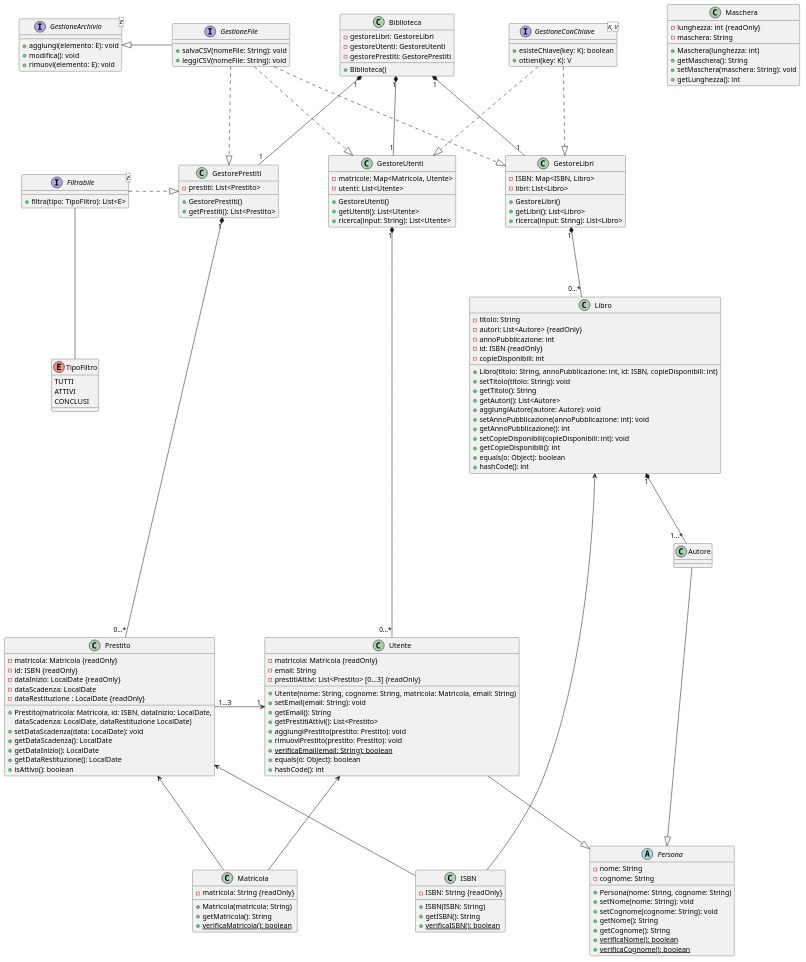
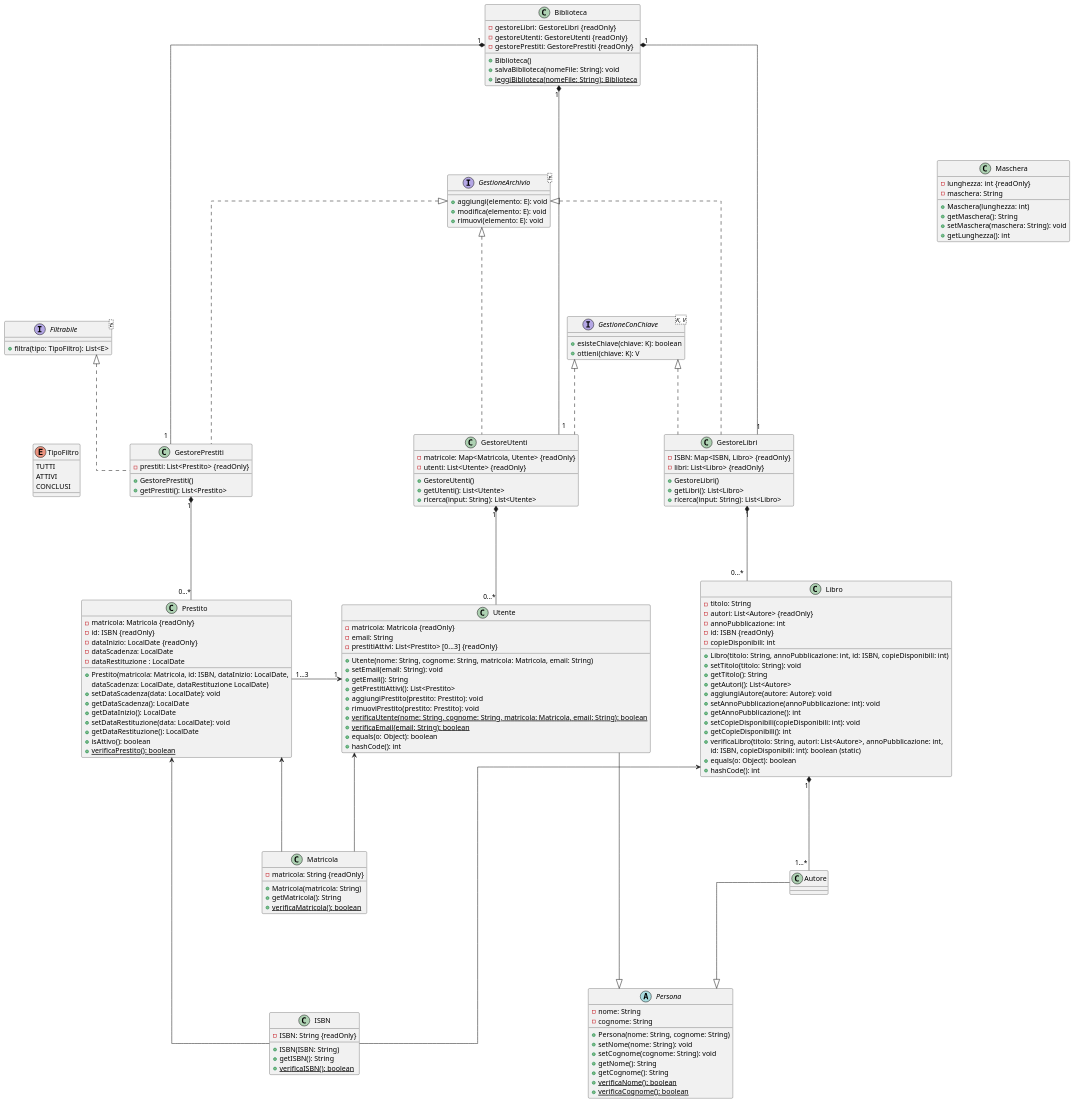
Before and after one commit to TitanVoid/ProgSE-Biblioteca: the diagram in documents/DiagrammiUML/classdiagram.puml, drawn with PlantUML. The commit also changed 1 other file, not shown here.

Commit message:
Aggiornamento diagramma delle classi

```diff
--- a/documents/DiagrammiUML/classdiagram.puml
+++ b/documents/DiagrammiUML/classdiagram.puml
@@ -1,35 +1,41 @@
 @startuml
 skinparam nodesep 100
-skinparam ranksep 140
+skinparam ranksep 150
+skinparam linetype ortho
+'skinparam linetype polyline
 top to bottom direction
 
 
 
+'------------------------------------------CLASSI/INTERFACCE------------------------------------------
+
 interface GestioneConChiave<K, V> {
-+esisteChiave(key: K): boolean
-+ottieni(key: K): V
++esisteChiave(chiave: K): boolean
++ottieni(chiave: K): V
 }
 
 
 class Biblioteca {
--gestoreLibri: GestoreLibri
--gestoreUtenti: GestoreUtenti
--gestorePrestiti: GestorePrestiti
+-gestoreLibri: GestoreLibri {readOnly}
+-gestoreUtenti: GestoreUtenti {readOnly}
+-gestorePrestiti: GestorePrestiti {readOnly}
 
 +Biblioteca()
++salvaBiblioteca(nomeFile: String): void
++leggiBiblioteca(nomeFile: String): Biblioteca {static}
 }
 
 
 interface GestioneArchivio<E> {
 +aggiungi(elemento: E): void
-+modifica(): void 
++modifica(elemento: E): void
 +rimuovi(elemento: E): void
 }
 
 
 class GestoreUtenti {
--matricole: Map<Matricola, Utente>
--utenti: List<Utente>
+-matricole: Map<Matricola, Utente> {readOnly}
+-utenti: List<Utente> {readOnly}
 
 +GestoreUtenti()
 +getUtenti(): List<Utente>
@@ -38,8 +44,8 @@
 
 
 class GestoreLibri {
--ISBN: Map<ISBN, Libro>
--libri: List<Libro>
+-ISBN: Map<ISBN, Libro> {readOnly}
+-libri: List<Libro> {readOnly}
 
 +GestoreLibri()
 +getLibri(): List<Libro>
@@ -48,16 +54,10 @@
 
 
 class GestorePrestiti {
--prestiti: List<Prestito>
+-prestiti: List<Prestito> {readOnly}
 
 +GestorePrestiti()
 +getPrestiti(): List<Prestito>
-}
-
-
-interface GestioneFile {
-+salvaCSV(nomeFile: String): void
-+leggiCSV(nomeFile: String): void
 }
 
 
@@ -72,6 +72,7 @@
 +getPrestitiAttivi(): List<Prestito>
 +aggiungiPrestito(prestito: Prestito): void
 +rimuoviPrestito(prestito: Prestito): void
++verificaUtente(nome: String, cognome: String, matricola: Matricola, email: String): boolean {static}
 +verificaEmail(email: String): boolean {static} 
 +equals(o: Object): boolean
 +hashCode(): int
@@ -94,6 +95,8 @@
 +getAnnoPubblicazione(): int
 +setCopieDisponibili(copieDisponibili: int): void
 +getCopieDisponibili(): int
++verificaLibro(titolo: String, autori: List<Autore>, annoPubblicazione: int,
+ id: ISBN, copieDisponibili: int): boolean (static)
 +equals(o: Object): boolean
 +hashCode(): int
 }
@@ -104,15 +107,17 @@
 -id: ISBN {readOnly}
 -dataInizio: LocalDate {readOnly}
 -dataScadenza: LocalDate 
--dataRestituzione : LocalDate {readOnly}
+-dataRestituzione : LocalDate 
 
 +Prestito(matricola: Matricola, id: ISBN, dataInizio: LocalDate,
 dataScadenza: LocalDate, dataRestituzione LocalDate)
 +setDataScadenza(data: LocalDate): void
 +getDataScadenza(): LocalDate
 +getDataInizio(): LocalDate 
++setDataRestituzione(data: LocalDate): void
 +getDataRestituzione(): LocalDate 
 +isAttivo(): boolean
++verificaPrestito(): boolean {static}
 }
 
 
@@ -177,39 +182,62 @@
 
 
 
-Biblioteca "1" *-- "1" GestoreUtenti
+
+'------------------------------------------LAYOUT------------------------------------------
+
+Biblioteca -[hidden]-> GestioneArchivio
+Biblioteca -[hidden]-> GestioneConChiave
+
+GestioneArchivio -[hidden]> GestioneConChiave
+
+GestioneConChiave -[hidden]-> GestoreLibri
+GestioneConChiave -[hidden]-> GestoreUtenti
+
+GestorePrestiti -[hidden]> GestoreUtenti
+GestoreUtenti -[hidden]> GestoreLibri
+
+Utente -[hidden]> Libro
+
+Prestito -[hidden]-> Matricola
+Matricola -[hidden]-> ISBN
+
+Biblioteca --[hidden]> Maschera
+
+
+
+
+'------------------------------------------RELAZIONI------------------------------------------
+
+Biblioteca "1" *--- "1" GestoreUtenti
 Biblioteca "1" *-- "1" GestoreLibri
 Biblioteca "1" *-- "1" GestorePrestiti
 
 GestoreUtenti "1" *-- "0...*" Utente
 GestoreLibri "1" *-- "0...*" Libro
-GestorePrestiti "1" *---- "0...*" Prestito
-
+GestorePrestiti "1" *-- "0...*" Prestito
 
 Libro "1" *-- "1...*" Autore
 
 Prestito "1...3" -> "1" Utente
 
-Utente --|> Persona
-Autore -down--|> Persona
+Utente -|> Persona
+Autore -down-|> Persona
 
-Libro <-- ISBN
-Prestito <-- ISBN
+Libro <-down- ISBN
+Prestito <-down- ISBN
 
 Utente <-- Matricola
 Prestito <-- Matricola
 
-GestioneConChiave ..|> GestoreUtenti
-GestioneConChiave ..|> GestoreLibri
+GestioneConChiave <|.down. GestoreUtenti
+GestioneConChiave <|.down. GestoreLibri
 
-GestioneFile ..|> GestorePrestiti
-GestioneFile ..|> GestoreUtenti
-GestioneFile ..|> GestoreLibri
+GestioneArchivio <|... GestorePrestiti
+GestioneArchivio <|... GestoreUtenti
+GestioneArchivio <|... GestoreLibri
 
-GestioneArchivio <|- GestioneFile
+GestorePrestiti .up.|> Filtrabile 
 
-Filtrabile .|> GestorePrestiti
-
-Filtrabile -- TipoFiltro
+Filtrabile -[hidden]-> TipoFiltro
 
 @enduml
```
